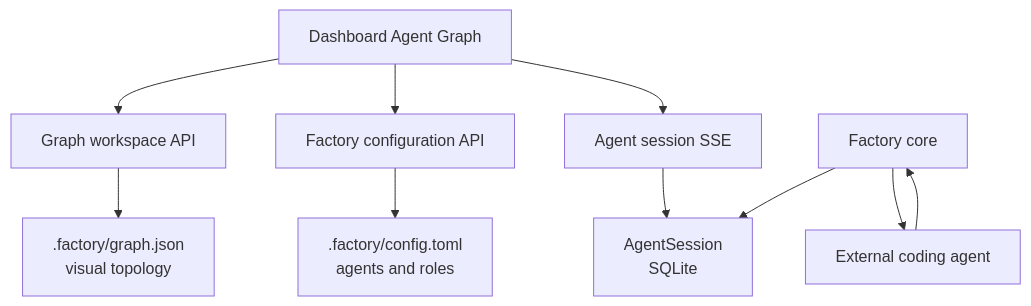
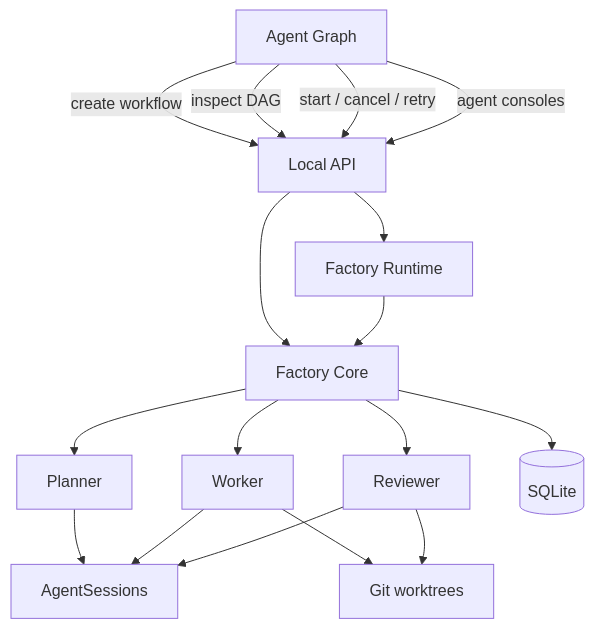
Before and after one commit to OmegaMc1331/agentic-software-factory: the diagram in docs/architecture.md, drawn with Mermaid. The commit also changed other lines of this file and 44 other files, not shown here.

Commit message:
feat: operate workflows from agent graph

````diff
--- a/docs/architecture.md
+++ b/docs/architecture.md
@@ -142,13 +7,20 @@
 ```mermaid
 flowchart TB
-    GRAPH[Dashboard Agent Graph]
-    GRAPH --> LAYOUT[Graph workspace API]
-    GRAPH --> CONFIG[Factory configuration API]
-    GRAPH --> STREAM[Agent session SSE]
-    LAYOUT --> JSON[".factory/graph.json<br/>visual topology"]
-    CONFIG --> TOML[".factory/config.toml<br/>agents and roles"]
-    STREAM --> SESSION["AgentSession<br/>SQLite"]
-    CORE[Factory core] --> SESSION
-    CORE --> EXTERNAL[External coding agent]
-    EXTERNAL --> CORE
+    GRAPH[Agent Graph]
+    GRAPH -->|create workflow| API[Local API]
+    GRAPH -->|inspect DAG| API
+    GRAPH -->|start / cancel / retry| API
+    GRAPH -->|agent consoles| API
+    API --> RUNTIME[Factory Runtime]
+    API --> CORE[Factory Core]
+    RUNTIME --> CORE
+    CORE --> P[Planner]
+    CORE --> W[Worker]
+    CORE --> R[Reviewer]
+    P --> S[AgentSessions]
+    W --> S
+    R --> S
+    W --> WT[Git worktrees]
+    R --> WT
+    CORE --> DB[(SQLite)]
 ```
````
